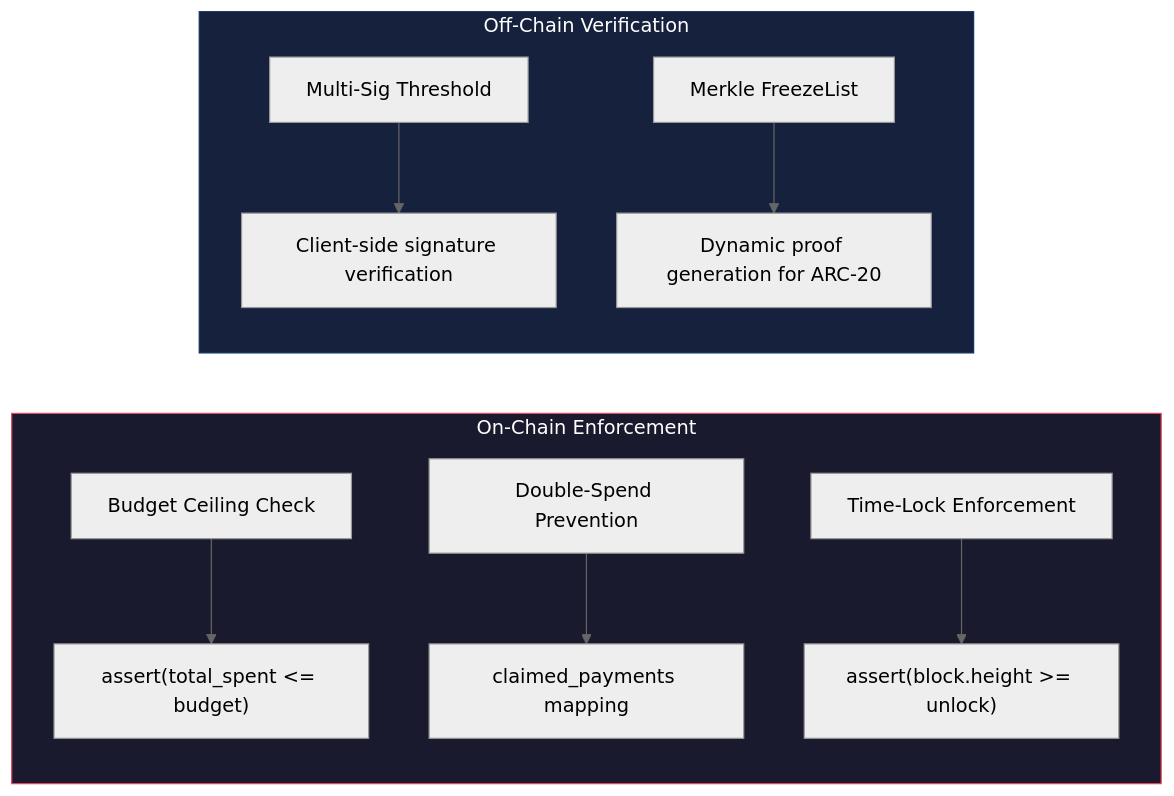
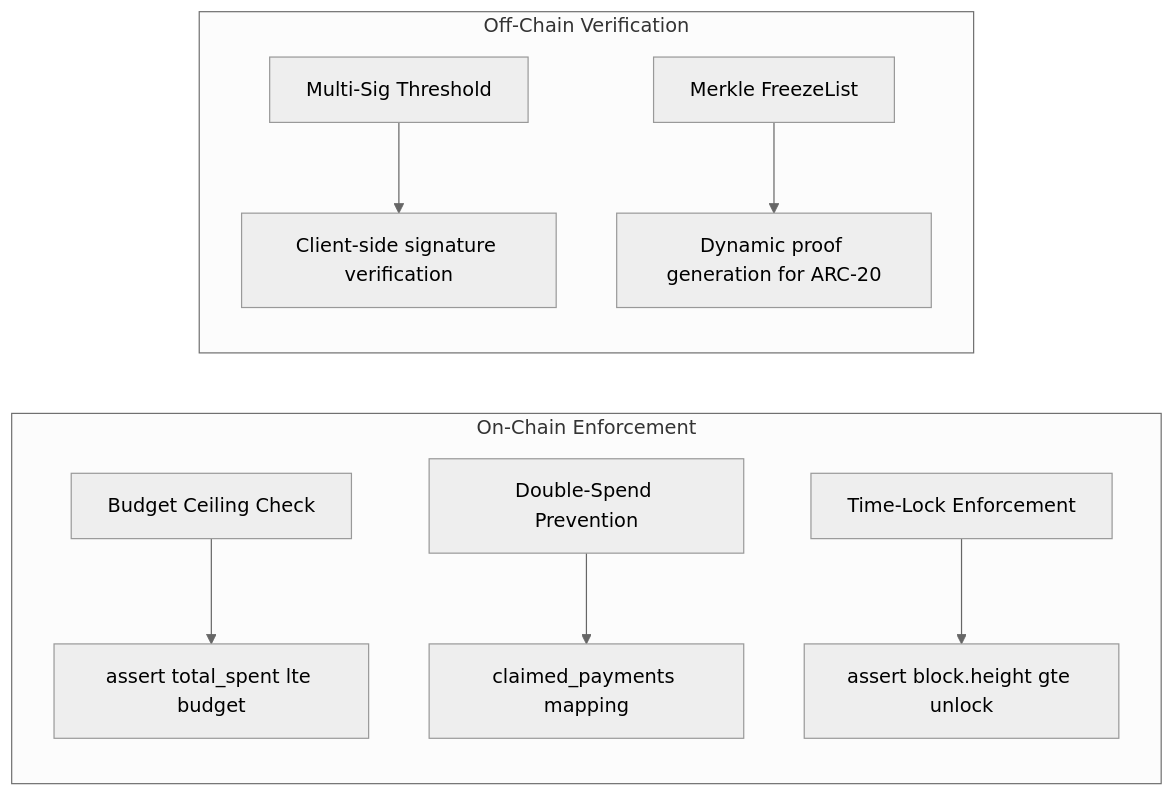
One commit to PhanTom497/zk_payroll changed the sixth of 6 diagrams in README.md. Above: the diagram before and after it, drawn with Mermaid (neutral theme). The commit also changed other lines of this file, not shown here.

````diff
--- a/README.md
+++ b/README.md
@@ -419,16 +417,13 @@
 ```mermaid
 graph LR
     subgraph OnChain["On-Chain Enforcement"]
-        A["Budget Ceiling Check"] --> B["assert(total_spent <= budget)"]
+        A["Budget Ceiling Check"] --> B["assert total_spent lte budget"]
         C["Double-Spend Prevention"] --> D["claimed_payments mapping"]
-        E["Time-Lock Enforcement"] --> F["assert(block.height >= unlock)"]
+        E["Time-Lock Enforcement"] --> F["assert block.height gte unlock"]
     end
 
     subgraph OffChain["Off-Chain Verification"]
         G["Multi-Sig Threshold"] --> H["Client-side signature verification"]
         I["Merkle FreezeList"] --> J["Dynamic proof generation for ARC-20"]
     end
-
-    style OnChain fill:#1a1a2e,stroke:#e94560,color:#ffffff
-    style OffChain fill:#16213e,stroke:#0f3460,color:#ffffff
 ```
````
